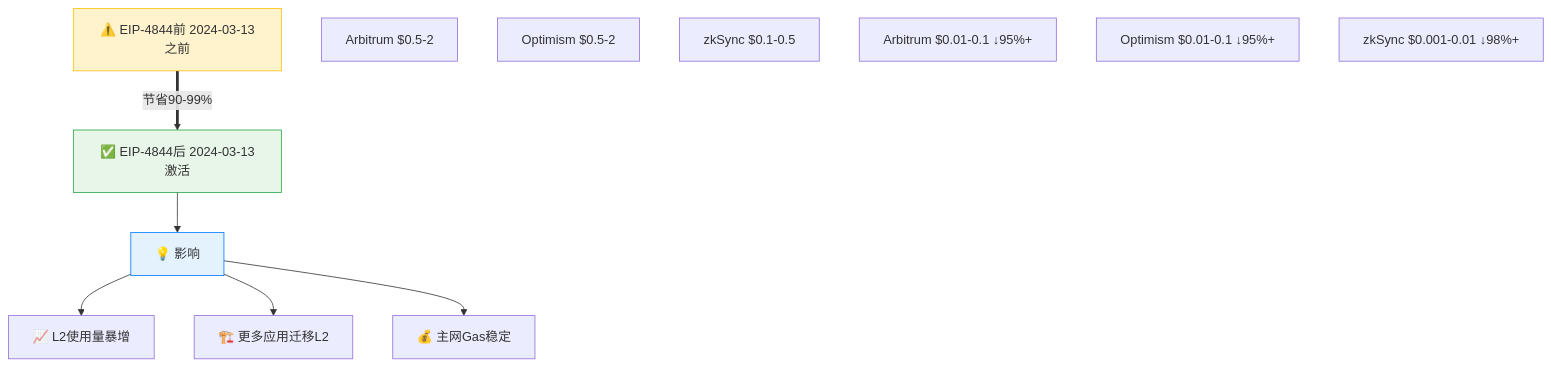
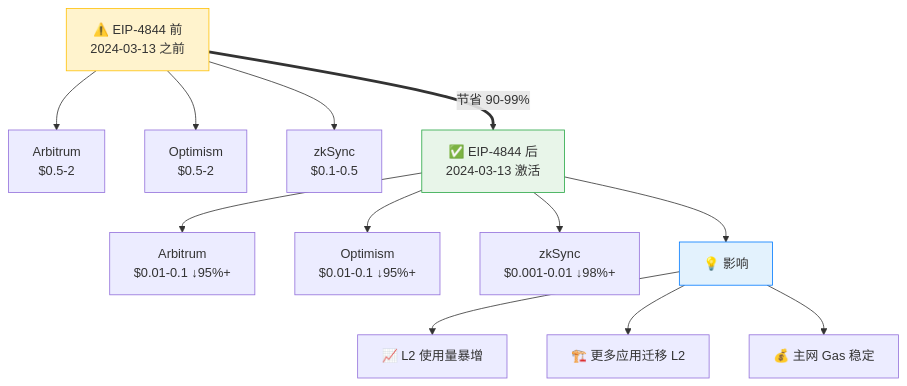
Before and after one commit to web3-wallet-org/web3-wallet-notes: the fifth of 7 diagrams in docs/《精通以太坊》/第16章-以太坊扩容.md, drawn with Mermaid. The commit also changed other lines of this file and 2 other files, not shown here.

First line of the commit message:
docs: 优化图表格式并简化内容展示

````diff
--- a/docs/《精通以太坊》/第16章-以太坊扩容.md
+++ b/docs/《精通以太坊》/第16章-以太坊扩容.md
@@ -460,27 +444,23 @@
 ```mermaid
 graph TB
-    Before["⚠️ EIP-4844前 2024-03-13之前"]
-    Arb1["Arbitrum $0.5-2"]
-    Op1["Optimism $0.5-2"]
-    Zk1["zkSync $0.1-0.5"]
-    
-    After["✅ EIP-4844后 2024-03-13激活"]
-    Arb2["Arbitrum $0.01-0.1 ↓95%+"]
-    Op2["Optimism $0.01-0.1 ↓95%+"]
-    Zk2["zkSync $0.001-0.01 ↓98%+"]
-    
-    Impact["💡 影响"]
-    I1["📈 L2使用量暴增"]
-    I2["🏗️ 更多应用迁移L2"]
-    I3["💰 主网Gas稳定"]
-    
-    Before ==>|节省90-99%| After
-    After --> Impact
-    Impact --> I1
-    Impact --> I2
-    Impact --> I3
-    
+    Before["⚠️ EIP-4844 前<br/>2024-03-13 之前"]
+    Before --> Arb1["Arbitrum<br/>$0.5-2"]
+    Before --> Op1["Optimism<br/>$0.5-2"]
+    Before --> Zk1["zkSync<br/>$0.1-0.5"]
+
+    Before ==>|"节省 90-99%"| After
+
+    After["✅ EIP-4844 后<br/>2024-03-13 激活"]
+    After --> Arb2["Arbitrum<br/>$0.01-0.1 ↓95%+"]
+    After --> Op2["Optimism<br/>$0.01-0.1 ↓95%+"]
+    After --> Zk2["zkSync<br/>$0.001-0.01 ↓98%+"]
+
+    After --> Impact["💡 影响"]
+    Impact --> I1["📈 L2 使用量暴增"]
+    Impact --> I2["🏗️ 更多应用迁移 L2"]
+    Impact --> I3["💰 主网 Gas 稳定"]
+
     style Before fill:#fff3cd,stroke:#ffc107,color:#333
     style After fill:#e8f5e9,stroke:#28a745,color:#333
     style Impact fill:#e3f2fd,stroke:#007bff,color:#333
 ```
````
